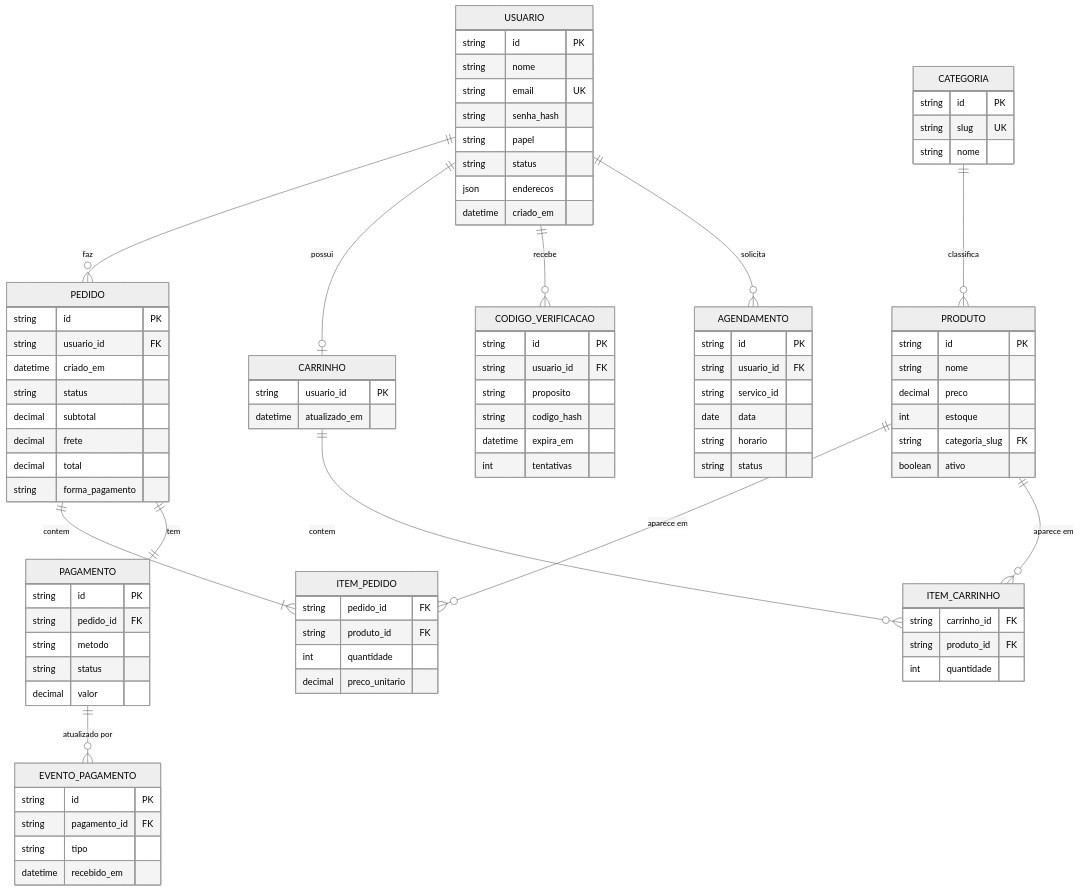
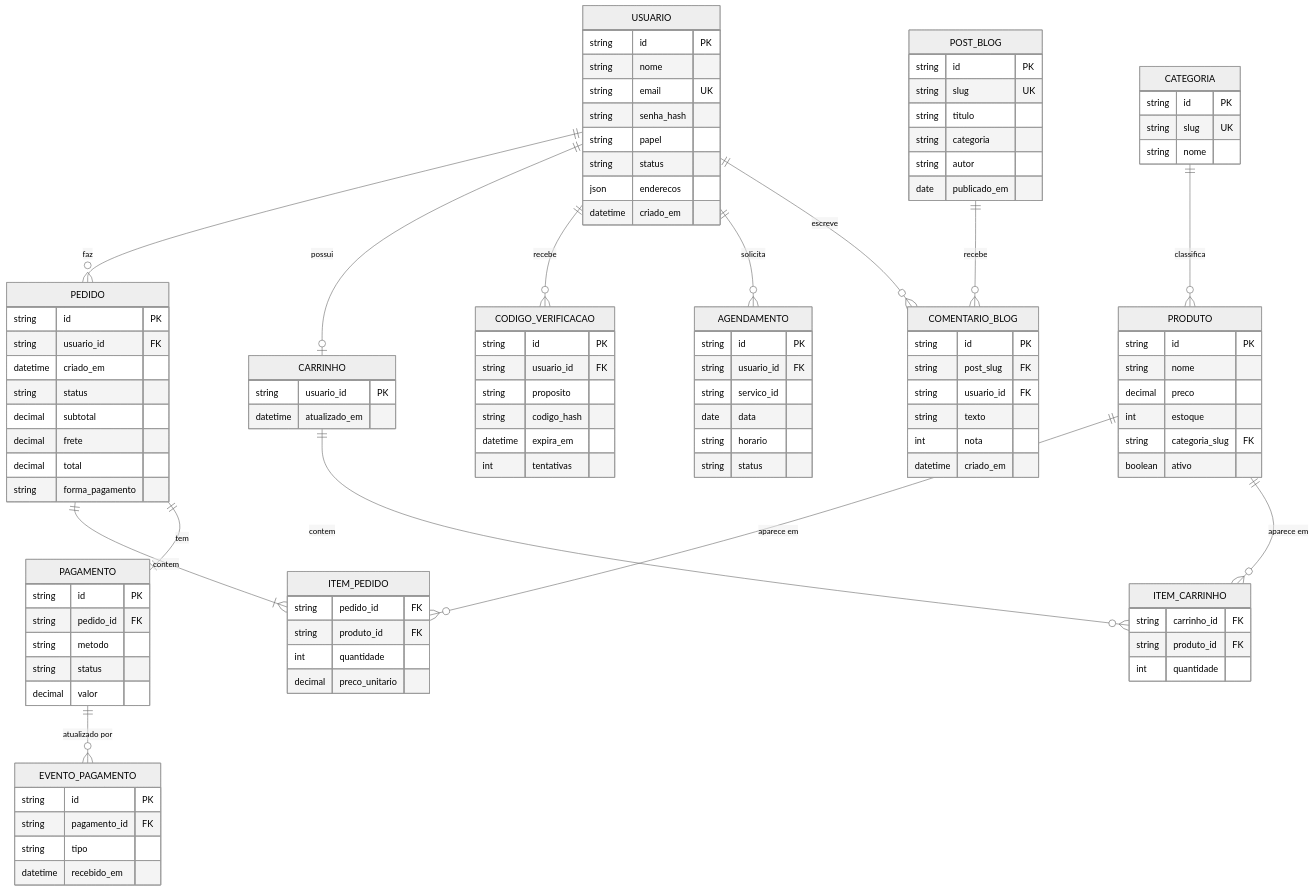
The third of 4 diagrams in docs/DOCUMENTACAO.md (Endrigo413/focinho-feliz-petshop), drawn with Mermaid (neutral theme) before and after one commit. The commit also changed other lines of this file and 7 other files, not shown here.

````diff
--- a/docs/DOCUMENTACAO.md
+++ b/docs/DOCUMENTACAO.md
@@ -298,6 +345,8 @@
   USUARIO   ||--o| CARRINHO            : "possui"
   USUARIO   ||--o{ CODIGO_VERIFICACAO  : "recebe"
   USUARIO   ||--o{ AGENDAMENTO         : "solicita"
+  USUARIO   ||--o{ COMENTARIO_BLOG     : "escreve"
+  POST_BLOG ||--o{ COMENTARIO_BLOG     : "recebe"
   CATEGORIA ||--o{ PRODUTO             : "classifica"
   PEDIDO    ||--|{ ITEM_PEDIDO         : "contem"
   PRODUTO   ||--o{ ITEM_PEDIDO         : "aparece em"
@@ -383,4 +432,20 @@
     string horario
     string status
   }
+  POST_BLOG {
+    string id PK
+    string slug UK
+    string titulo
+    string categoria
+    string autor
+    date publicado_em
+  }
+  COMENTARIO_BLOG {
+    string id PK
+    string post_slug FK
+    string usuario_id FK
+    string texto
+    int nota
+    datetime criado_em
+  }
 ```
````
